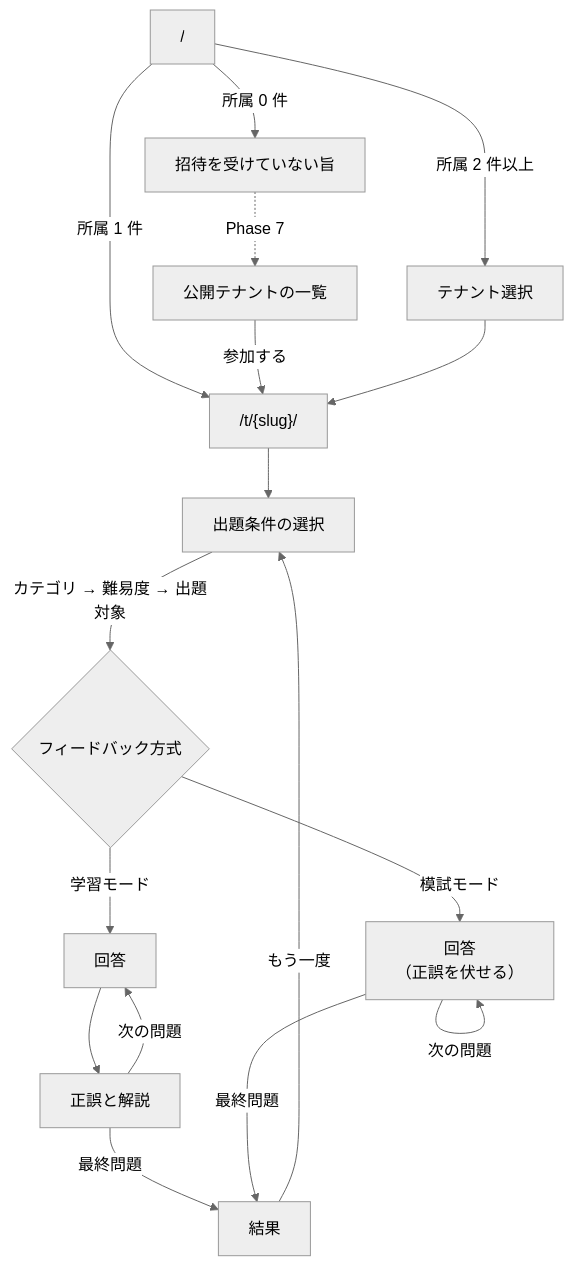
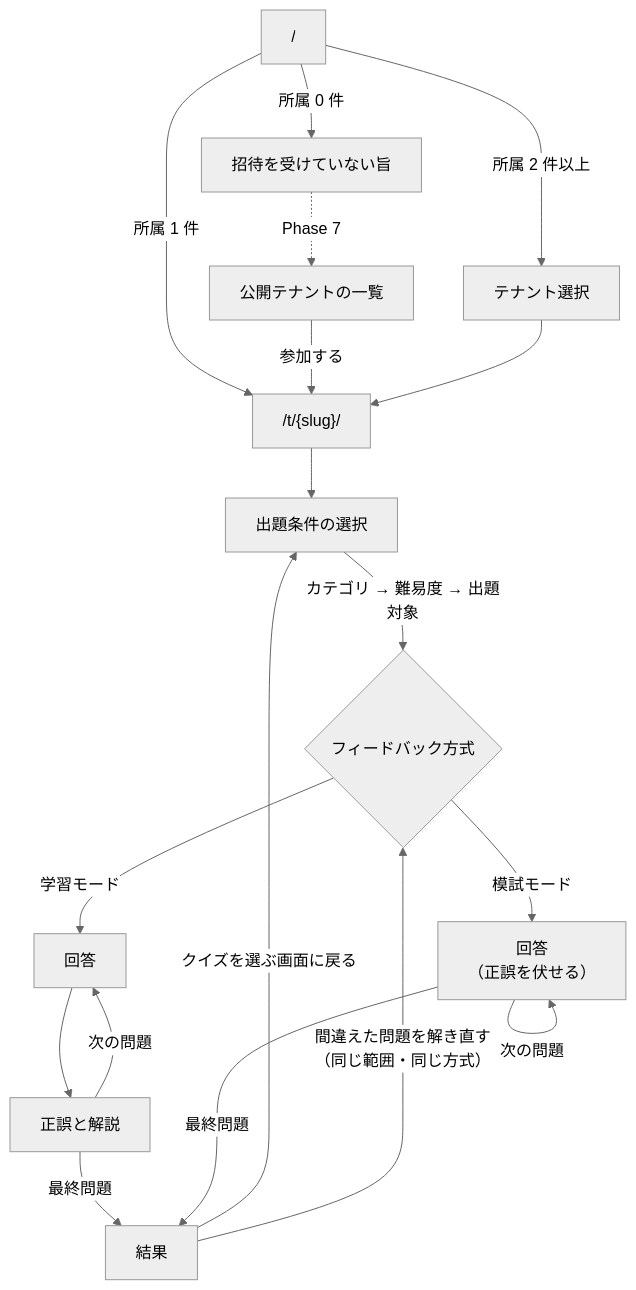
Before and after one commit to fujitamasayoshi0402/quiz-app: the first of 3 diagrams in docs/requirements.md, drawn with Mermaid (neutral theme). The commit also changed 2 other files, not shown here.

Commit message:
fix(play): 結果画面の「もう一度」を「クイズを選ぶ画面に戻る」にする (DEV-147)
「間違えた問題を解き直す」と並ぶと、どちらも解き直すように読めて迷う。
押すと何が起きるかを名前で分ける。

````diff
--- a/docs/requirements.md
+++ b/docs/requirements.md
@@ -149,19 +149,20 @@
 ```mermaid
 flowchart TD
     Root["/"] -->|所属 1 件| TenantTop["/t/{slug}/"]
     Root -->|所属 2 件以上| Select[テナント選択]
     Root -->|所属 0 件| NoTenant[招待を受けていない旨]
     NoTenant -.->|Phase 7| Public[公開テナントの一覧]
     Public -->|参加する| TenantTop
     Select --> TenantTop
     TenantTop --> Play["出題条件の選択"]
     Play -->|カテゴリ → 難易度 → 出題対象| Mode{"フィードバック方式"}
     Mode -->|学習モード| Learn["回答"]
     Learn --> Judge["正誤と解説"]
     Judge -->|次の問題| Learn
     Judge -->|最終問題| Result["結果"]
     Mode -->|模試モード| Exam["回答<br/>（正誤を伏せる）"]
     Exam -->|次の問題| Exam
     Exam -->|最終問題| Result
-    Result -->|もう一度| Play
+    Result -->|クイズを選ぶ画面に戻る| Play
+    Result -->|間違えた問題を解き直す<br/>（同じ範囲・同じ方式）| Mode
 ```
````
